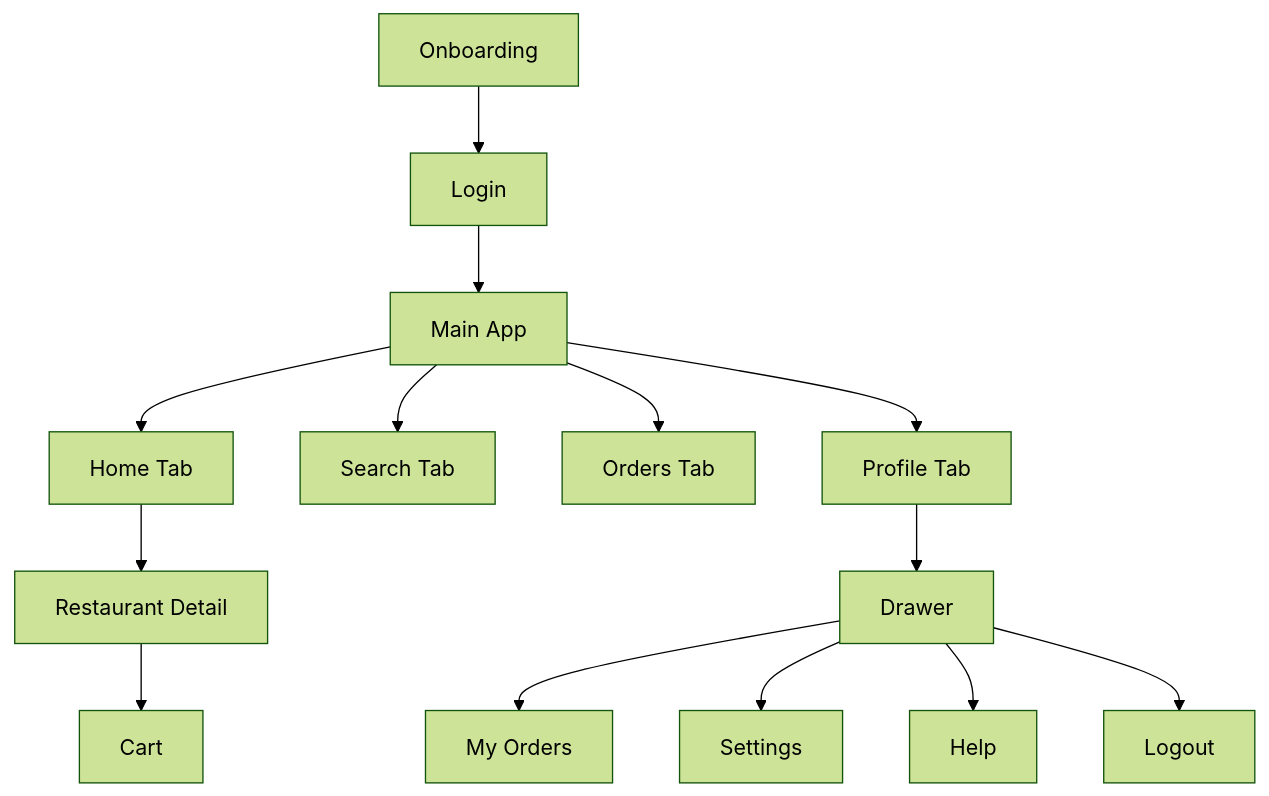
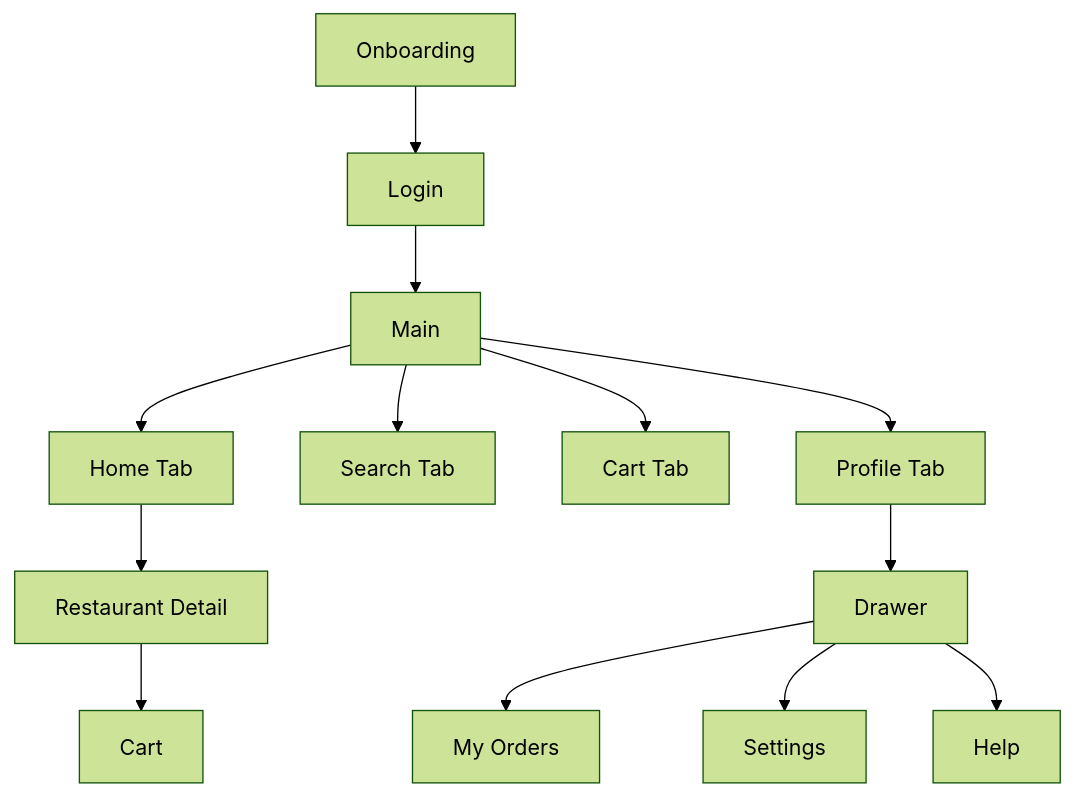
The diagram in README.md (aman124598/Reactive-Food-Delivery), drawn with Mermaid (forest theme) before and after one commit. The commit also changed other lines of this file and 21 other files, not shown here.

````diff
--- a/README.md
+++ b/README.md
@@ -7,16 +39,15 @@
 ```mermaid
 flowchart TD
   A[Onboarding] --> B[Login]
-  B --> C[Main App]
+  B --> C[Main]
   C --> D[Home Tab]
   C --> E[Search Tab]
-  C --> F[Orders Tab]
+  C --> F[Cart Tab]
   C --> G[Profile Tab]
   D --> H[Restaurant Detail]
   H --> I[Cart]
   G --> J[Drawer]
   J --> K[My Orders]
   J --> L[Settings]
   J --> M[Help]
-  J --> N[Logout]
 ```
````
